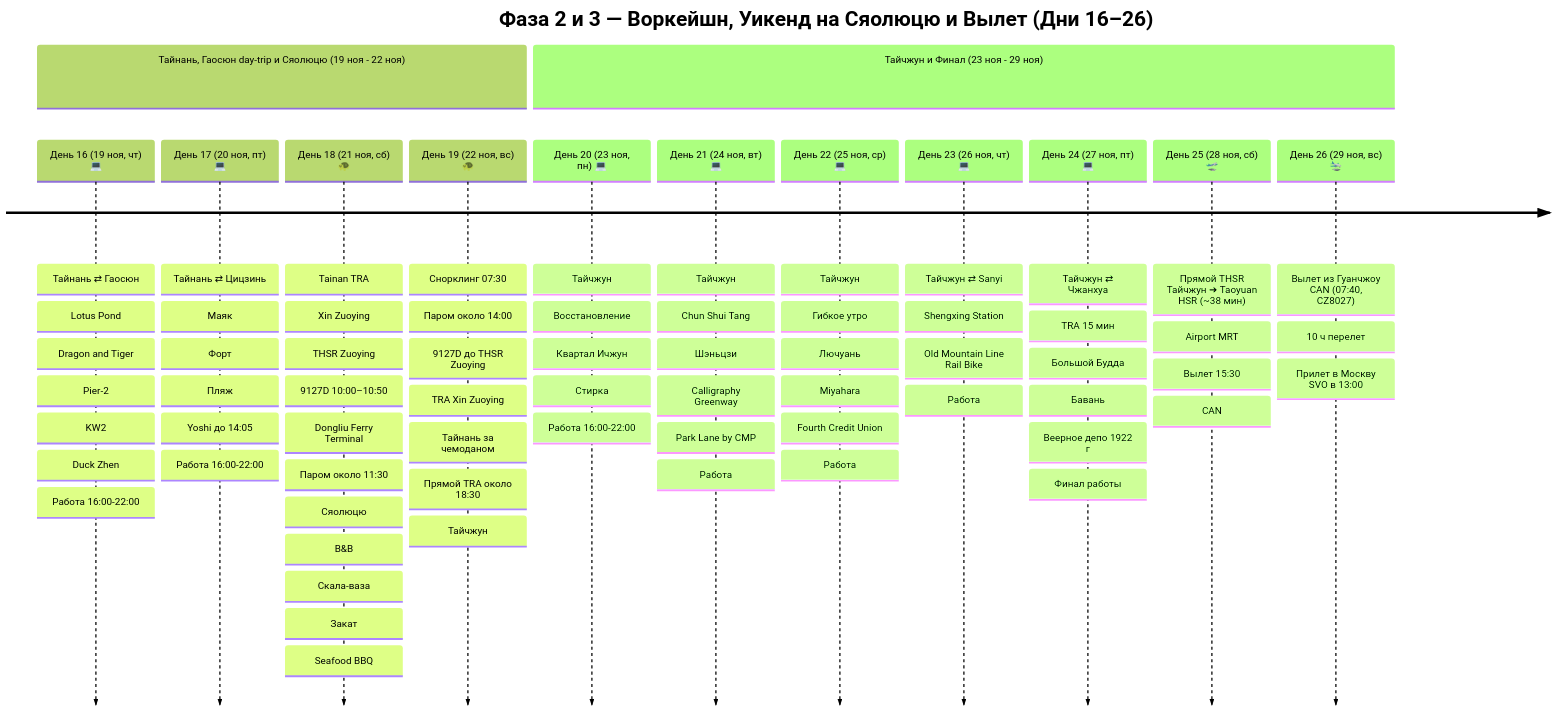
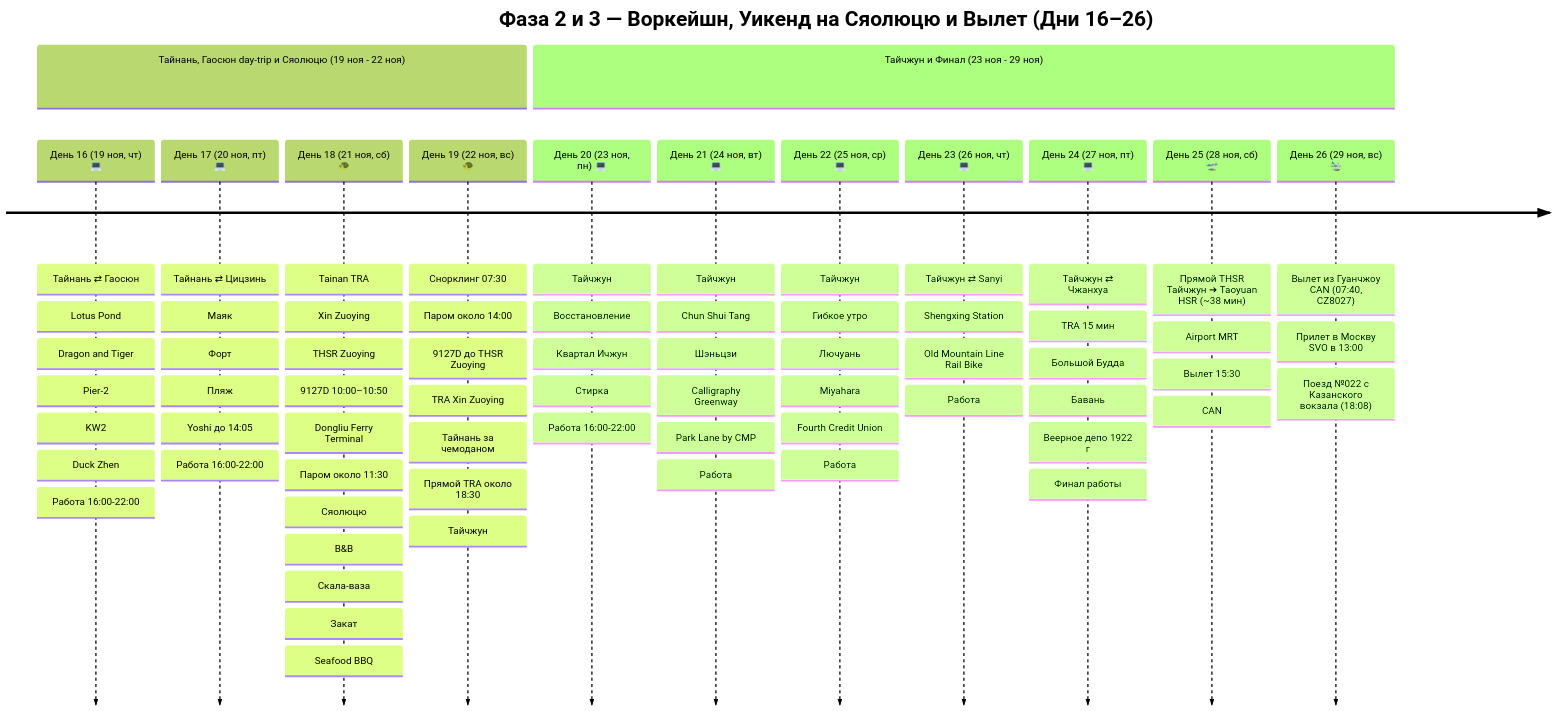
Before and after one commit to injurka/obsidian-mark: the second of 2 diagrams in Personal Note/Travel/-- Taiwan/Taiwan.md, drawn with Mermaid (forest theme). The commit also changed other lines of this file and 6 other files, not shown here.

````diff
--- a/Personal Note/Travel/-- Taiwan/Taiwan.md
+++ b/Personal Note/Travel/-- Taiwan/Taiwan.md
@@ -89,17 +89,17 @@
 ```mermaid
 timeline
     title Фаза 2 и 3 — Воркейшн, Уикенд на Сяолюцю и Вылет (Дни 16–26)
     section Тайнань, Гаосюн day-trip и Сяолюцю (19 ноя - 22 ноя)
         День 16 (19 ноя, чт) 💻 : Тайнань ⇄ Гаосюн : Lotus Pond : Dragon and Tiger : Pier-2 : KW2 : Duck Zhen : Работа 16:00-22:00
         День 17 (20 ноя, пт) 💻 : Тайнань ⇄ Цицзинь : Маяк : Форт : Пляж : Yoshi до 14:05 : Работа 16:00-22:00
         День 18 (21 ноя, сб) 🐢 : Tainan TRA : Xin Zuoying : THSR Zuoying : 9127D 10:00–10:50 : Dongliu Ferry Terminal : Паром около 11:30 : Сяолюцю : B&B : Скала-ваза : Закат : Seafood BBQ
         День 19 (22 ноя, вс) 🐢 : Снорклинг 07:30 : Паром около 14:00 : 9127D до THSR Zuoying : TRA Xin Zuoying : Тайнань за чемоданом : Прямой TRA около 18:30 : Тайчжун
     section Тайчжун и Финал (23 ноя - 29 ноя)
         День 20 (23 ноя, пн) 💻 : Тайчжун : Восстановление : Квартал Ичжун : Стирка : Работа 16:00-22:00
         День 21 (24 ноя, вт) 💻 : Тайчжун : Chun Shui Tang : Шэньцзи : Calligraphy Greenway : Park Lane by CMP : Работа
         День 22 (25 ноя, ср) 💻 : Тайчжун : Гибкое утро : Лючуань : Miyahara : Fourth Credit Union : Работа
         День 23 (26 ноя, чт) 💻 : Тайчжун ⇄ Sanyi : Shengxing Station : Old Mountain Line Rail Bike : Работа
         День 24 (27 ноя, пт) 💻 : Тайчжун ⇄ Чжанхуа : TRA 15 мин : Большой Будда : Бавань : Веерное депо 1922 г : Финал работы
         День 25 (28 ноя, сб) 🛫 : Прямой THSR Тайчжун ➔ Taoyuan HSR (~38 мин) : Airport MRT : Вылет 15:30 : CAN
-        День 26 (29 ноя, вс) 🛬 : Вылет из Гуанчжоу CAN (07:40, CZ8027) : 10 ч перелет : Прилет в Москву SVO в 13:00
+        День 26 (29 ноя, вс) 🛬 : Вылет из Гуанчжоу CAN (07:40, CZ8027) : Прилет в Москву SVO в 13:00 : Поезд №022 с Казанского вокзала (18:08)
 ```
````
